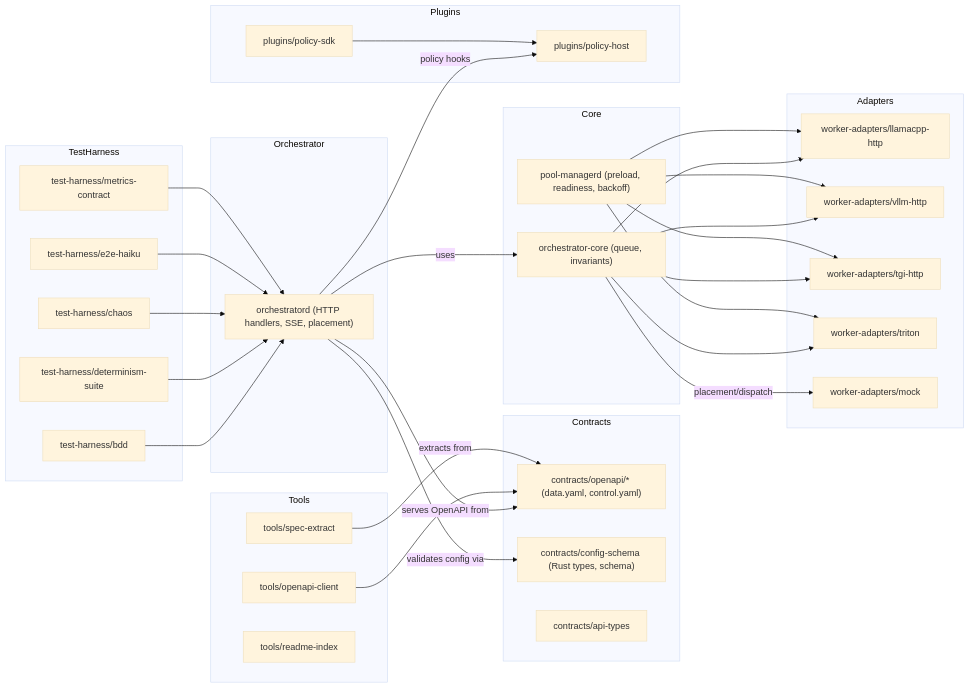
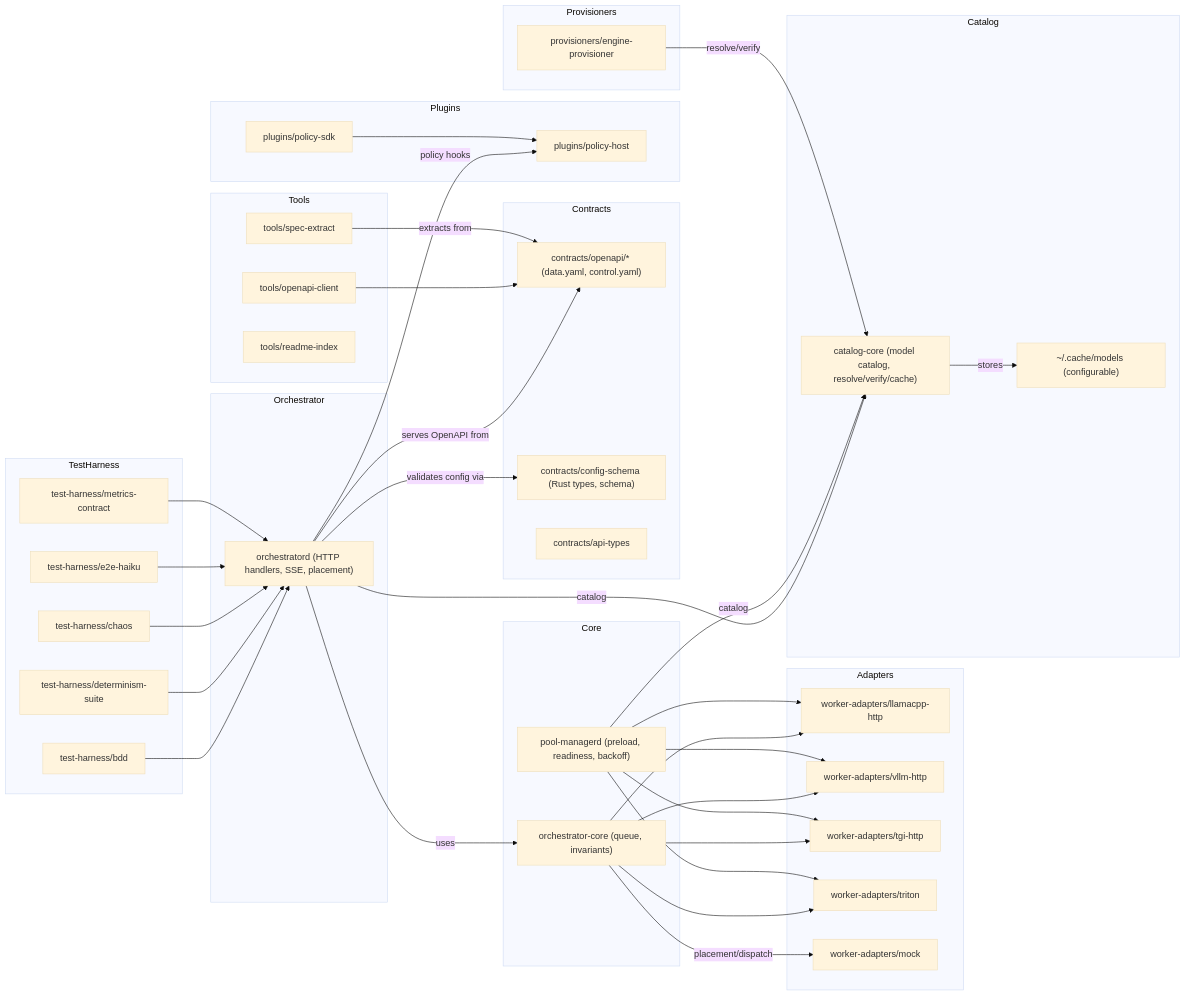
Before and after one commit to veighnsche/llama-orch: the first of 2 diagrams in README.md, drawn with Mermaid (base theme). The commit also changed 3 other files, not shown here.

Commit message:
feat: add catalog-core crate for model catalog and caching

````diff
--- a/README.md
+++ b/README.md
@@ -41,67 +41,80 @@
 ```mermaid
 graph LR
   subgraph Contracts
     contracts_openapi["contracts/openapi/* (data.yaml, control.yaml)"]
     contracts_schema["contracts/config-schema (Rust types, schema)"]
     contracts_types["contracts/api-types"]
   end
 
   subgraph Core
     orch_core["orchestrator-core (queue, invariants)"]
     pool_mgr["pool-managerd (preload, readiness, backoff)"]
   end
 
   subgraph Orchestrator
     orchd["orchestratord (HTTP handlers, SSE, placement)"]
   end
 
   subgraph Adapters
     adapt_llama["worker-adapters/llamacpp-http"]
     adapt_vllm["worker-adapters/vllm-http"]
     adapt_tgi["worker-adapters/tgi-http"]
     adapt_triton["worker-adapters/triton"]
     adapt_mock["worker-adapters/mock"]
   end
 
   subgraph Plugins
     policy_host["plugins/policy-host"]
     policy_sdk["plugins/policy-sdk"]
   end
 
   subgraph TestHarness
     th_bdd["test-harness/bdd"]
     th_det["test-harness/determinism-suite"]
     th_chaos["test-harness/chaos"]
     th_haiku["test-harness/e2e-haiku"]
     th_metrics["test-harness/metrics-contract"]
   end
 
   subgraph Tools
     tool_client["tools/openapi-client"]
     tool_spec["tools/spec-extract"]
     tool_readme["tools/readme-index"]
   end
 
+  subgraph Catalog
+    catalog_core["catalog-core (model catalog, resolve/verify/cache)"]
+    model_cache["~/.cache/models (configurable)"]
+  end
+
+  subgraph Provisioners
+    engine_prov["provisioners/engine-provisioner"]
+  end
+
   %% wiring
   orchd -->|uses| orch_core
   orchd -->|serves OpenAPI from| contracts_openapi
   orchd -->|validates config via| contracts_schema
   orchd -->|policy hooks| policy_host
   policy_sdk --> policy_host
   orch_core -->|placement/dispatch| adapt_mock
   orch_core --> adapt_llama
   orch_core --> adapt_vllm
   orch_core --> adapt_tgi
   orch_core --> adapt_triton
   pool_mgr --> adapt_llama
   pool_mgr --> adapt_vllm
   pool_mgr --> adapt_tgi
   pool_mgr --> adapt_triton
+  orchd -->|catalog| catalog_core
+  pool_mgr -->|catalog| catalog_core
+  engine_prov -->|resolve/verify| catalog_core
+  catalog_core -->|stores| model_cache
   th_bdd --> orchd
   th_det --> orchd
   th_chaos --> orchd
   th_haiku --> orchd
   th_metrics --> orchd
   tool_client --> contracts_openapi
   tool_spec -->|extracts from| contracts_openapi
 ```
````
